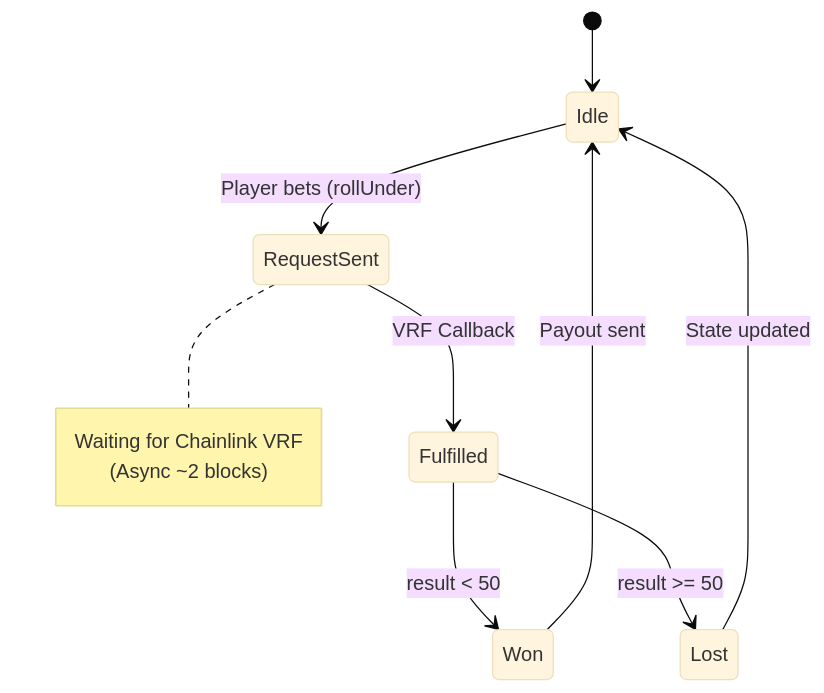
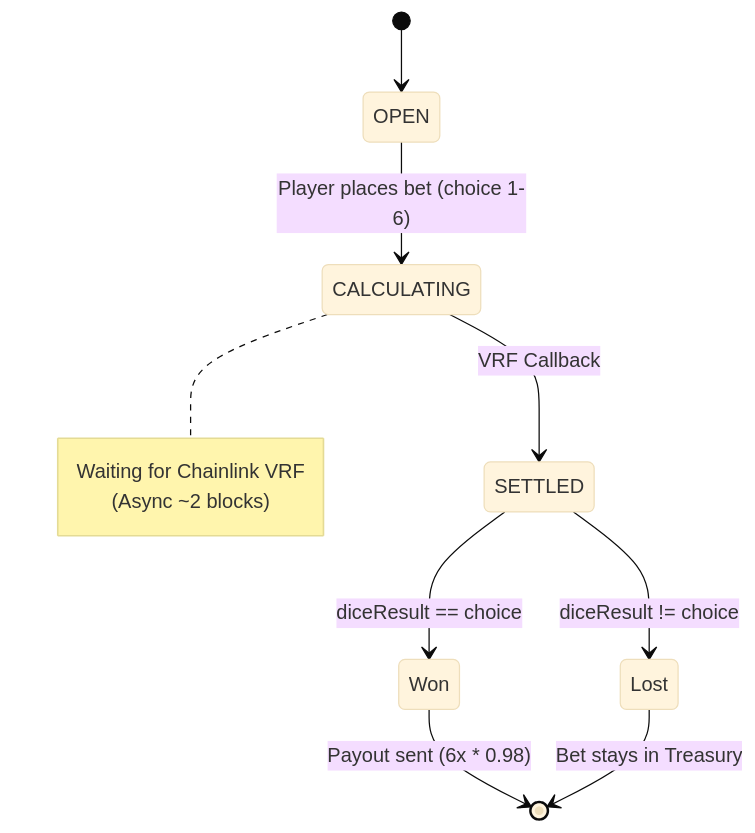
One commit to Odile-Rothbart/SC6107 changed the second of 3 diagrams in docs/architecture.md. Above: the diagram before and after it, drawn with Mermaid (base theme). The commit also changed other lines of this file and 2 other files, not shown here.

````diff
--- a/docs/architecture.md
+++ b/docs/architecture.md
@@ -121,18 +123,18 @@
 ```mermaid
 stateDiagram-v2
-    [*] --> Idle
+    [*] --> OPEN
     
-    Idle --> RequestSent : Player bets (rollUnder)
-    note right of RequestSent
+    OPEN --> CALCULATING : Player places bet (choice 1-6)
+    note right of CALCULATING
         Waiting for Chainlink VRF
         (Async ~2 blocks)
     end note
     
-    RequestSent --> Fulfilled : VRF Callback
+    CALCULATING --> SETTLED : VRF Callback
     
-    Fulfilled --> Won : result < 50
-    Fulfilled --> Lost : result >= 50
+    SETTLED --> Won : diceResult == choice
+    SETTLED --> Lost : diceResult != choice
     
-    Won --> Idle : Payout sent
-    Lost --> Idle : State updated
+    Won --> [*] : Payout sent (6x * 0.98)
+    Lost --> [*] : Bet stays in Treasury
 ```
````
